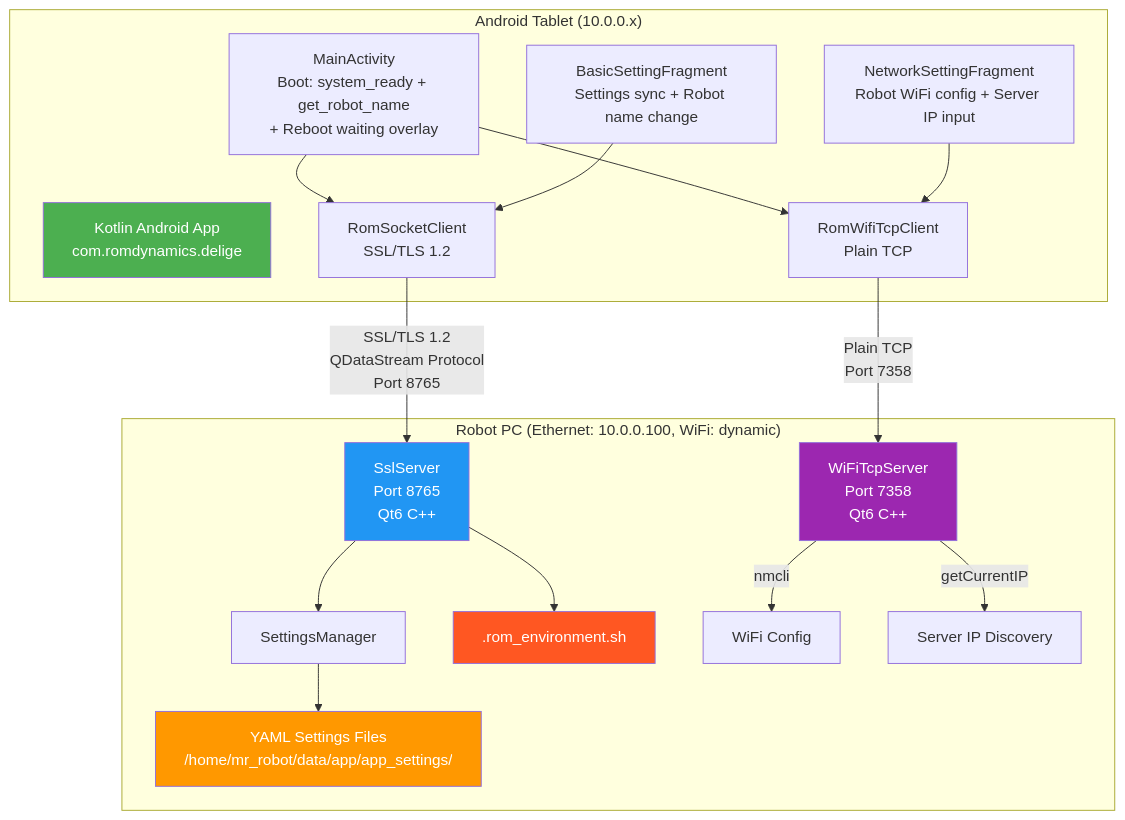
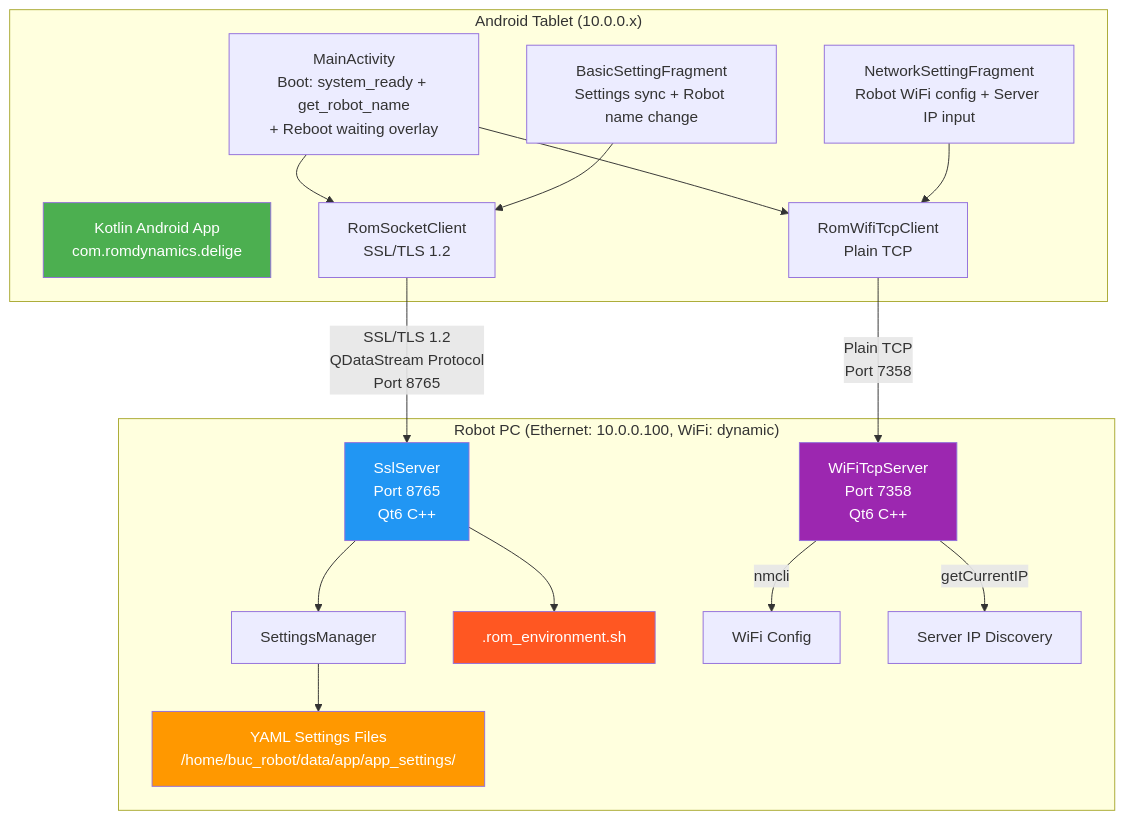
The first of 20 diagrams in rom_sdk/src/rom_socket/kotlin_rom_socket_connection.md (Open-Source-Robotics-For-Myanmar/edu_robot_sw), drawn with Mermaid before and after one commit. The commit also changed other lines of this file and 41 other files, not shown here.

````diff
--- a/rom_sdk/src/rom_socket/kotlin_rom_socket_connection.md
+++ b/rom_sdk/src/rom_socket/kotlin_rom_socket_connection.md
@@ -9,36 +9,36 @@
 ```mermaid
 graph TB
     subgraph "Android Tablet (10.0.0.x)"
         APP["Kotlin Android App<br/>com.romdynamics.delige"]
         MA["MainActivity<br/>Boot: system_ready + get_robot_name<br/>+ Reboot waiting overlay"]
         BSF["BasicSettingFragment<br/>Settings sync + Robot name change"]
         NSF["NetworkSettingFragment<br/>Robot WiFi config + Server IP input"]
         RSC["RomSocketClient<br/>SSL/TLS 1.2"]
         RWTC["RomWifiTcpClient<br/>Plain TCP"]
         MA --> RSC
         MA --> RWTC
         BSF --> RSC
         NSF --> RWTC
     end
 
     subgraph "Robot PC (Ethernet: 10.0.0.100, WiFi: dynamic)"
         SS["SslServer<br/>Port 8765<br/>Qt6 C++"]
         WTS["WiFiTcpServer<br/>Port 7358<br/>Qt6 C++"]
         SM["SettingsManager"]
         ENV[".rom_environment.sh"]
-        YAML["YAML Settings Files<br/>/home/mr_robot/data/app/app_settings/"]
+        YAML["YAML Settings Files<br/>/home/buc_robot/data/app/app_settings/"]
         SS --> SM --> YAML
         SS --> ENV
         WTS --> |nmcli| WIFI["WiFi Config"]
         WTS --> |getCurrentIP| IPDISC["Server IP Discovery"]
     end
 
     RSC -- "SSL/TLS 1.2<br/>QDataStream Protocol<br/>Port 8765" --> SS
     RWTC -- "Plain TCP<br/>Port 7358" --> WTS
 
     style APP fill:#4CAF50,color:#fff
     style SS fill:#2196F3,color:#fff
     style WTS fill:#9C27B0,color:#fff
     style YAML fill:#FF9800,color:#fff
     style ENV fill:#FF5722,color:#fff
 ```
````
